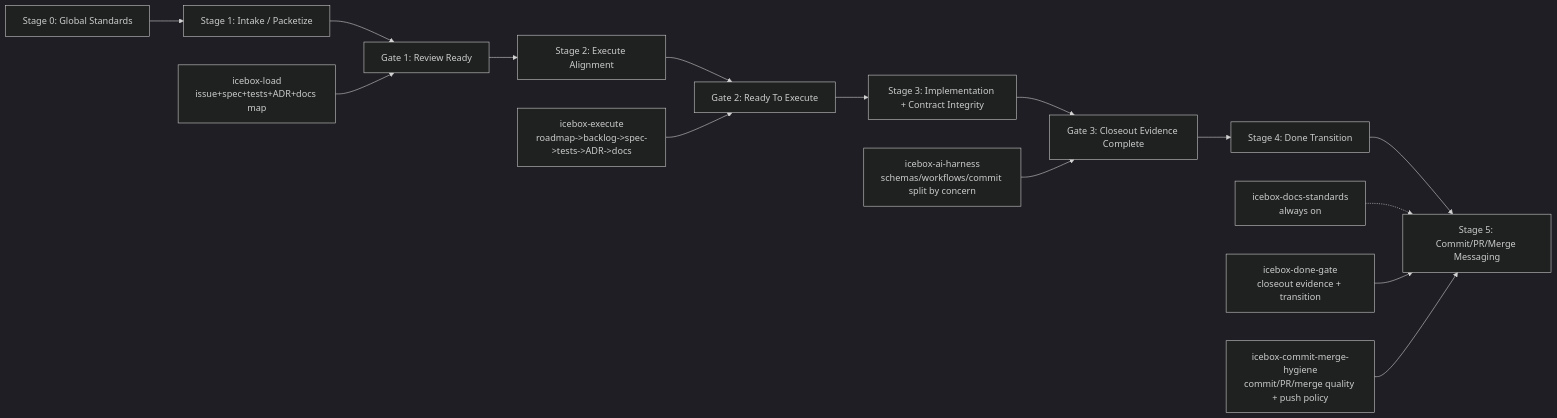
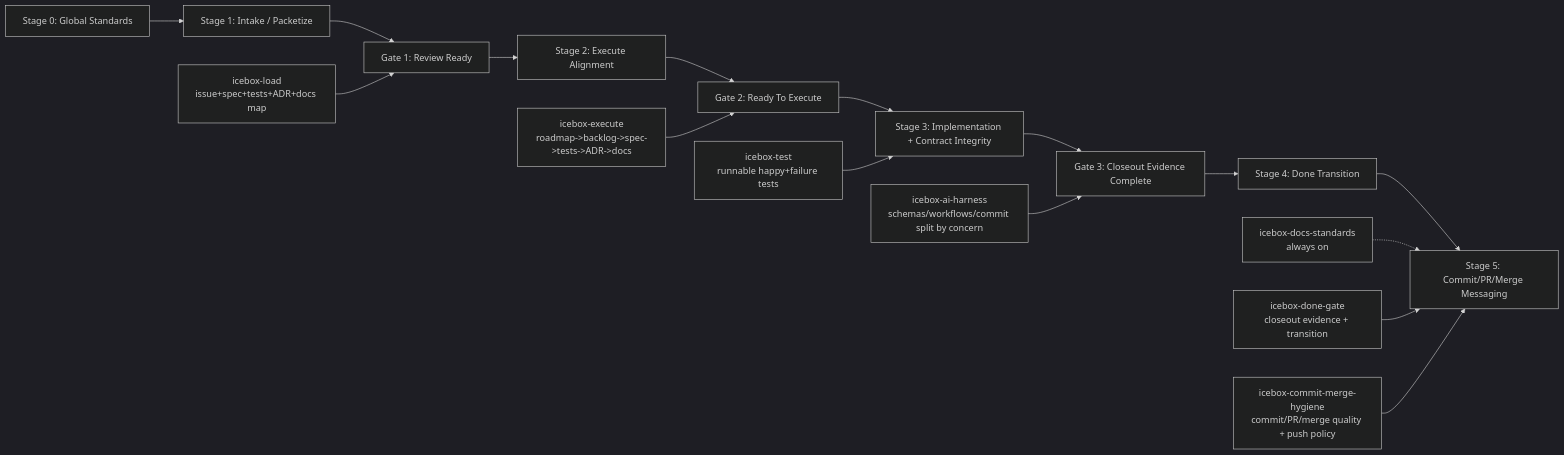
The diagram in skills/README.md (torbenanderson/icebox-cli), drawn with Mermaid (dark theme) before and after one commit. The commit also changed other lines of this file and 2 other files, not shown here.

First line of the commit message:
docs(skills): add icebox-test trigger and workflow wiring

````diff
--- a/skills/README.md
+++ b/skills/README.md
@@ -7,18 +7,19 @@
 ```mermaid
 flowchart LR
     A["Stage 0: Global Standards"] --> B["Stage 1: Intake / Packetize"]
     B --> C["Gate 1: Review Ready"]
     C --> D["Stage 2: Execute Alignment"]
     D --> E["Gate 2: Ready To Execute"]
     E --> F["Stage 3: Implementation + Contract Integrity"]
     F --> G["Gate 3: Closeout Evidence Complete"]
     G --> H["Stage 4: Done Transition"]
     H --> I["Stage 5: Commit/PR/Merge Messaging"]
 
     A1["icebox-docs-standards<br/>always on"] -.-> I
     B1["icebox-load<br/>issue+spec+tests+ADR+docs map"] --> C
     D1["icebox-execute<br/>roadmap->backlog->spec->tests->ADR->docs"] --> E
+    E1["icebox-test<br/>runnable happy+failure tests"] --> F
     F1["icebox-ai-harness<br/>schemas/workflows/commit split by concern"] --> G
     H1["icebox-done-gate<br/>closeout evidence + transition"] --> I
     I1["icebox-commit-merge-hygiene<br/>commit/PR/merge quality + push policy"] --> I
 ```
````
